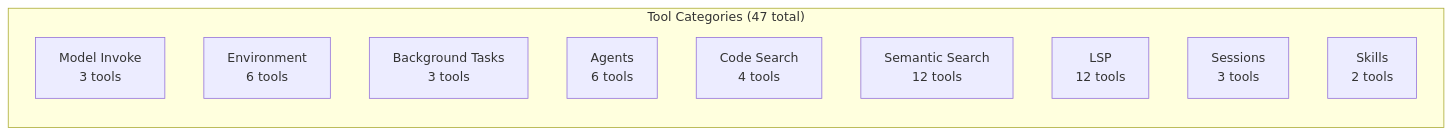
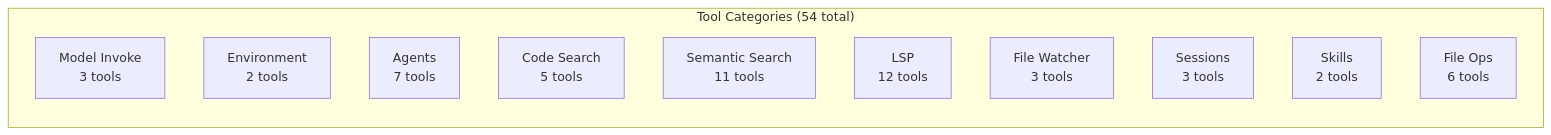
One commit to GratefulDave/stravinsky changed the second of 8 diagrams in docs/architecture/MCP_TOOL_FLOW.md. Above: the diagram before and after it, drawn with Mermaid. The commit also changed other lines of this file and 30 other files, not shown here.

First line of the commit message:
docs: comprehensive architecture documentation update for 7-Phase Orchestrator

````diff
--- a/docs/architecture/MCP_TOOL_FLOW.md
+++ b/docs/architecture/MCP_TOOL_FLOW.md
@@ -79,14 +83,15 @@
 ```mermaid
 graph LR
-    subgraph "Tool Categories (47 total)"
+    subgraph "Tool Categories (54 total)"
         MI[Model Invoke<br/>3 tools]
-        ENV[Environment<br/>6 tools]
-        BG[Background Tasks<br/>3 tools]
-        AG[Agents<br/>6 tools]
-        CS[Code Search<br/>4 tools]
-        SS[Semantic Search<br/>12 tools]
+        ENV[Environment<br/>2 tools]
+        AG[Agents<br/>7 tools]
+        CS[Code Search<br/>5 tools]
+        SS[Semantic Search<br/>11 tools]
         LSP[LSP<br/>12 tools]
+        FW[File Watcher<br/>3 tools]
         SESS[Sessions<br/>3 tools]
         SK[Skills<br/>2 tools]
+        FILE[File Ops<br/>6 tools]
     end
 ```
````
